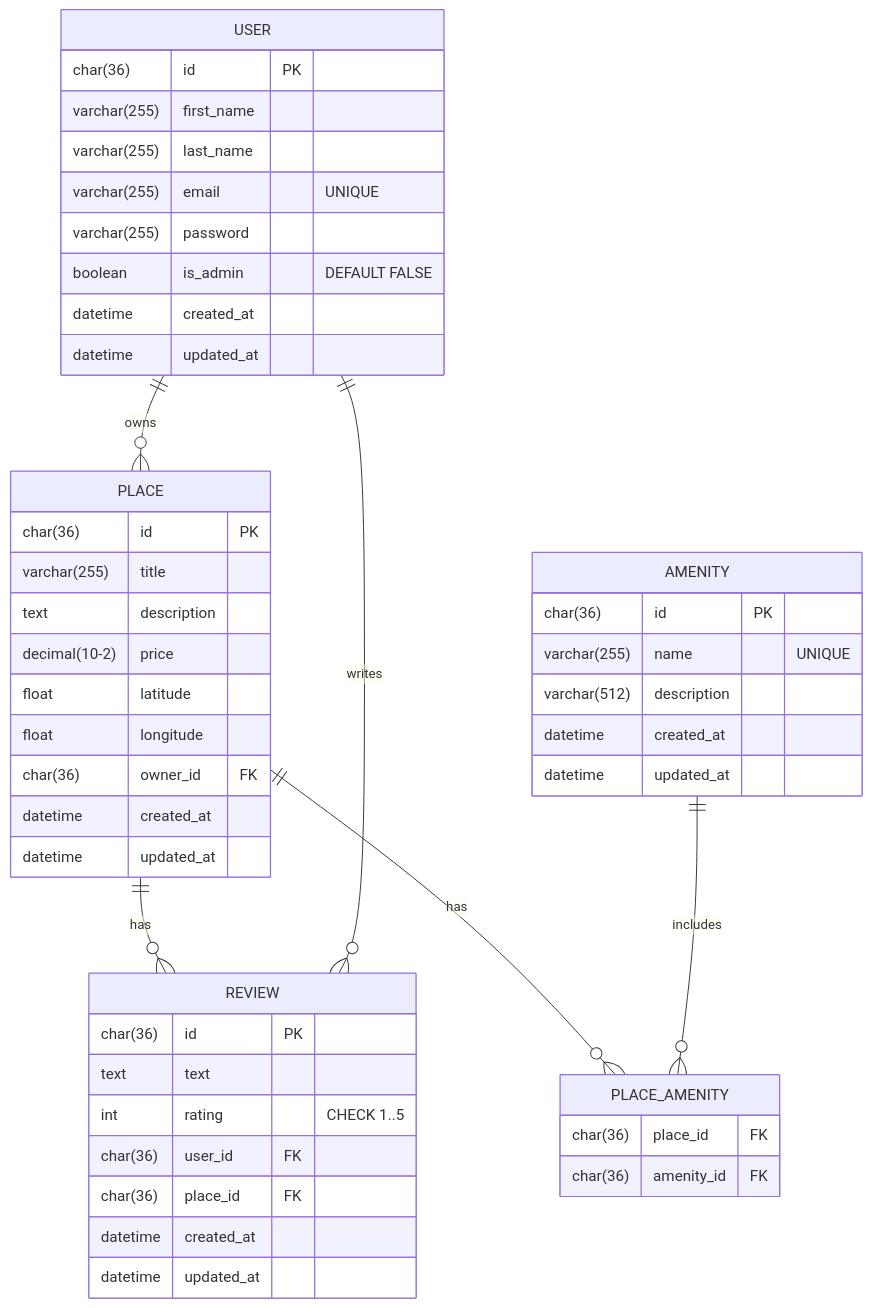
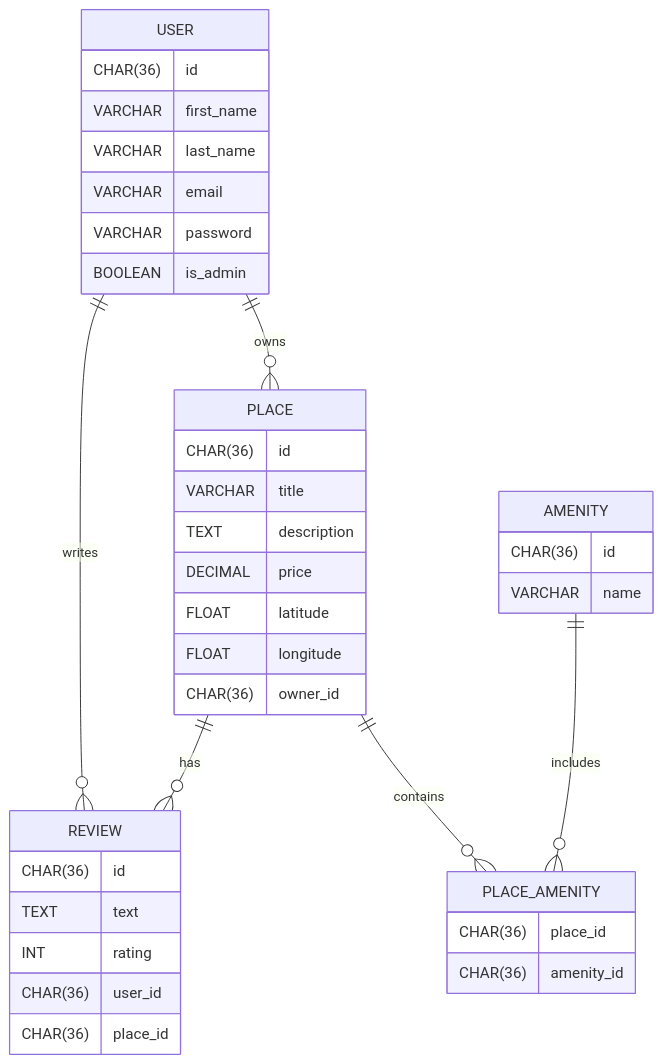
The diagram in part3/ERD.md (rabea14180-max/holbertonschool-hbnb), drawn with Mermaid before and after one commit. The commit also changed other lines of this file, not shown here.

Commit message:
Revise ERD documentation with Mermaid.js format
Updated the ERD documentation to include Mermaid.js syntax and added detailed descriptions for entities, relationships, and constraints.

````diff
--- a/part3/ERD.md
+++ b/part3/ERD.md
@@ -3,54 +17,46 @@
 ```mermaid
 erDiagram
-    USER {
-        char(36)    id          PK
-        varchar(255) first_name
-        varchar(255) last_name
-        varchar(255) email       "UNIQUE"
-        varchar(255) password
-        boolean     is_admin    "DEFAULT FALSE"
-        datetime    created_at
-        datetime    updated_at
-    }
 
-    PLACE {
-        char(36)        id          PK
-        varchar(255)    title
-        text            description
-        decimal(10-2)   price
-        float           latitude
-        float           longitude
-        char(36)        owner_id    FK
-        datetime        created_at
-        datetime        updated_at
-    }
+USER {
+    CHAR(36) id
+    VARCHAR first_name
+    VARCHAR last_name
+    VARCHAR email
+    VARCHAR password
+    BOOLEAN is_admin
+}
 
-    REVIEW {
-        char(36)    id          PK
-        text        text
-        int         rating      "CHECK 1..5"
-        char(36)    user_id     FK
-        char(36)    place_id    FK
-        datetime    created_at
-        datetime    updated_at
-    }
+PLACE {
+    CHAR(36) id
+    VARCHAR title
+    TEXT description
+    DECIMAL price
+    FLOAT latitude
+    FLOAT longitude
+    CHAR(36) owner_id
+}
 
-    AMENITY {
-        char(36)        id          PK
-        varchar(255)    name        "UNIQUE"
-        varchar(512)    description
-        datetime        created_at
-        datetime        updated_at
-    }
+REVIEW {
+    CHAR(36) id
+    TEXT text
+    INT rating
+    CHAR(36) user_id
+    CHAR(36) place_id
+}
 
-    PLACE_AMENITY {
-        char(36)    place_id    FK
-        char(36)    amenity_id  FK
-    }
+AMENITY {
+    CHAR(36) id
+    VARCHAR name
+}
 
-    USER ||--o{ PLACE : owns
-    PLACE ||--o{ REVIEW : has
-    USER ||--o{ REVIEW : writes
-    PLACE ||--o{ PLACE_AMENITY : has
-    AMENITY ||--o{ PLACE_AMENITY : includes
+PLACE_AMENITY {
+    CHAR(36) place_id
+    CHAR(36) amenity_id
+}
+
+USER ||--o{ PLACE : owns
+USER ||--o{ REVIEW : writes
+PLACE ||--o{ REVIEW : has
+PLACE ||--o{ PLACE_AMENITY : contains
+AMENITY ||--o{ PLACE_AMENITY : includes
 ```
````
